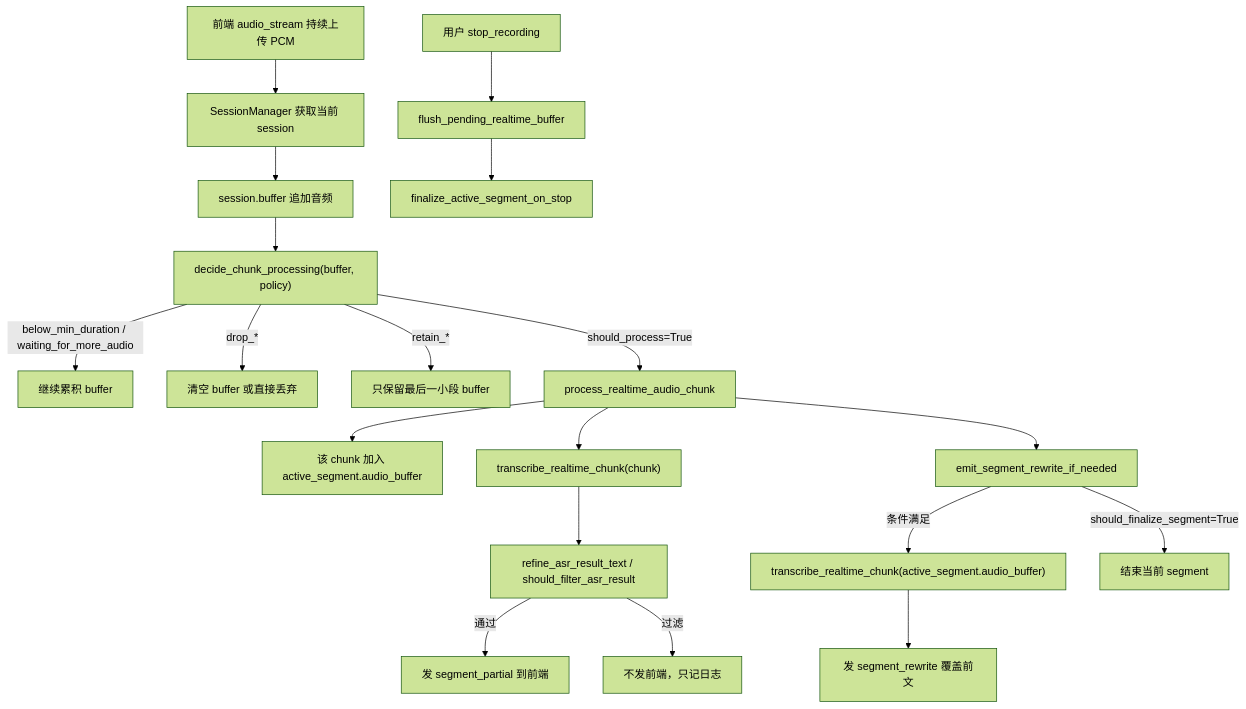
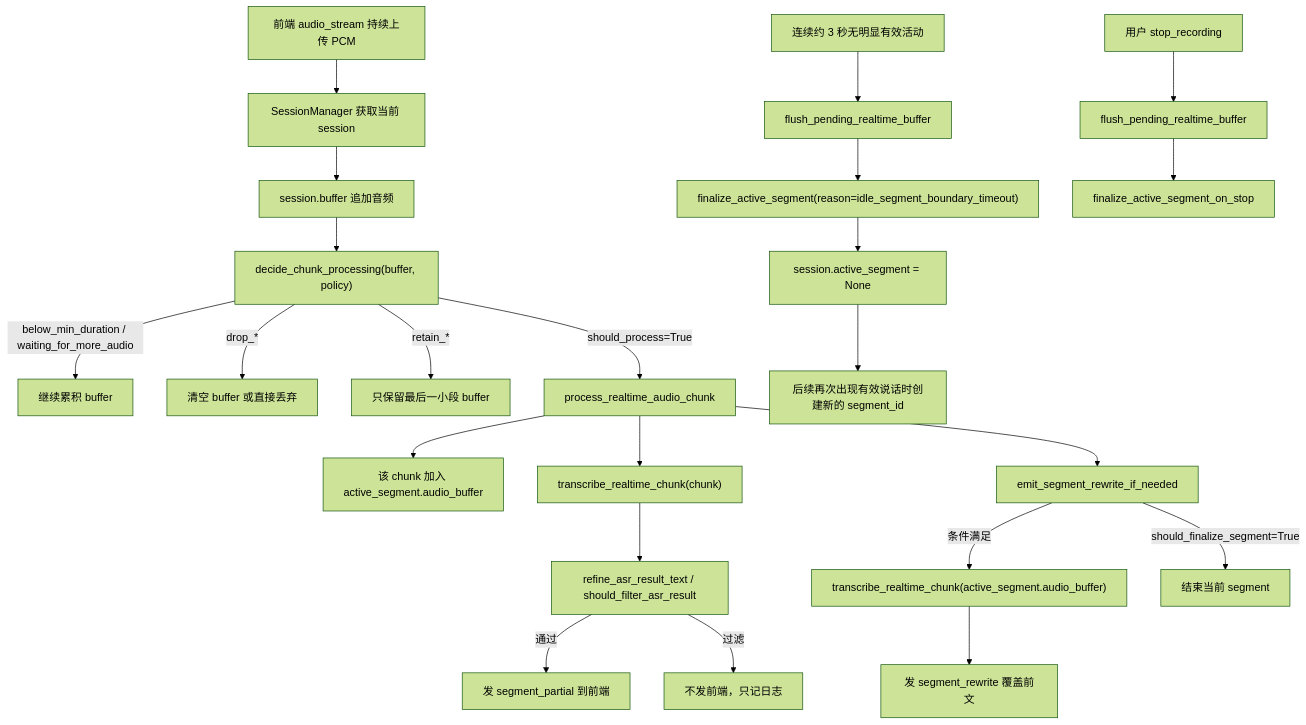
The first of 2 diagrams in docs/PM/REALTIME_ASR_CURRENT_IMPLEMENTATION.md (iicanfly/asr_project), drawn with Mermaid (forest theme) before and after one commit. The commit also changed other lines of this file and 8 other files, not shown here.

Commit message:
add idle-based segment boundaries

````diff
--- a/docs/PM/REALTIME_ASR_CURRENT_IMPLEMENTATION.md
+++ b/docs/PM/REALTIME_ASR_CURRENT_IMPLEMENTATION.md
@@ -40,25 +40,30 @@
 ```mermaid
 flowchart TD
     A["前端 audio_stream 持续上传 PCM"] --> B["SessionManager 获取当前 session"]
     B --> C["session.buffer 追加音频"]
     C --> D["decide_chunk_processing(buffer, policy)"]
 
     D -->|below_min_duration / waiting_for_more_audio| E["继续累积 buffer"]
     D -->|drop_*| F["清空 buffer 或直接丢弃"]
     D -->|retain_*| G["只保留最后一小段 buffer"]
     D -->|should_process=True| H["process_realtime_audio_chunk"]
 
     H --> I["该 chunk 加入 active_segment.audio_buffer"]
     H --> J["transcribe_realtime_chunk(chunk)"]
     J --> K["refine_asr_result_text / should_filter_asr_result"]
     K -->|通过| L["发 segment_partial 到前端"]
     K -->|过滤| M["不发前端，只记日志"]
 
     H --> N["emit_segment_rewrite_if_needed"]
     N -->|条件满足| O["transcribe_realtime_chunk(active_segment.audio_buffer)"]
     O --> P["发 segment_rewrite 覆盖前文"]
     N -->|should_finalize_segment=True| Q["结束当前 segment"]
 
+    U["连续约 3 秒无明显有效活动"] --> V["flush_pending_realtime_buffer"]
+    V --> W["finalize_active_segment(reason=idle_segment_boundary_timeout)"]
+    W --> X["session.active_segment = None"]
+    X --> Y["后续再次出现有效说话时创建新的 segment_id"]
+
     R["用户 stop_recording"] --> S["flush_pending_realtime_buffer"]
     S --> T["finalize_active_segment_on_stop"]
 ```
````
